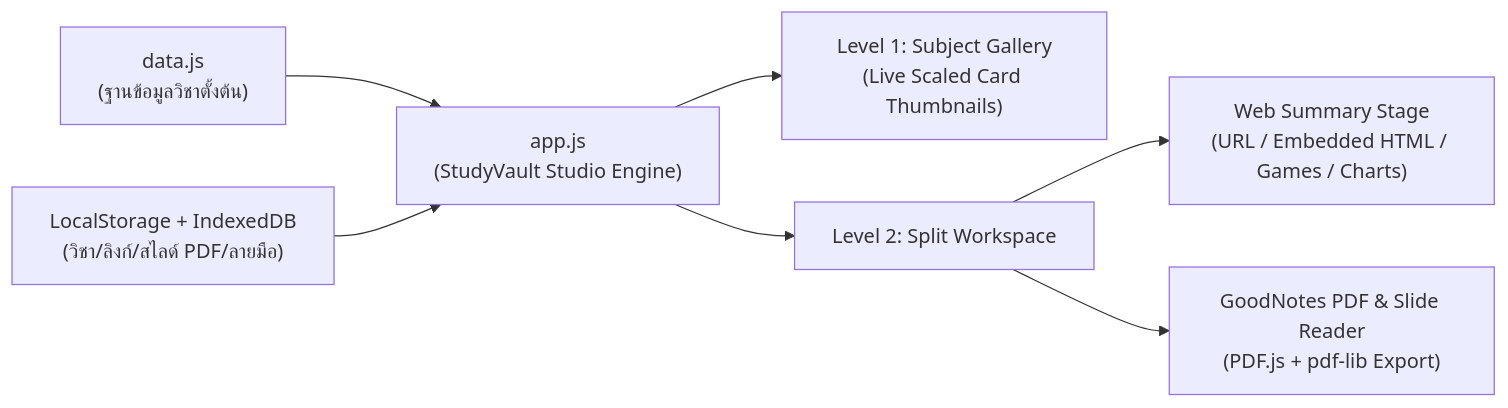
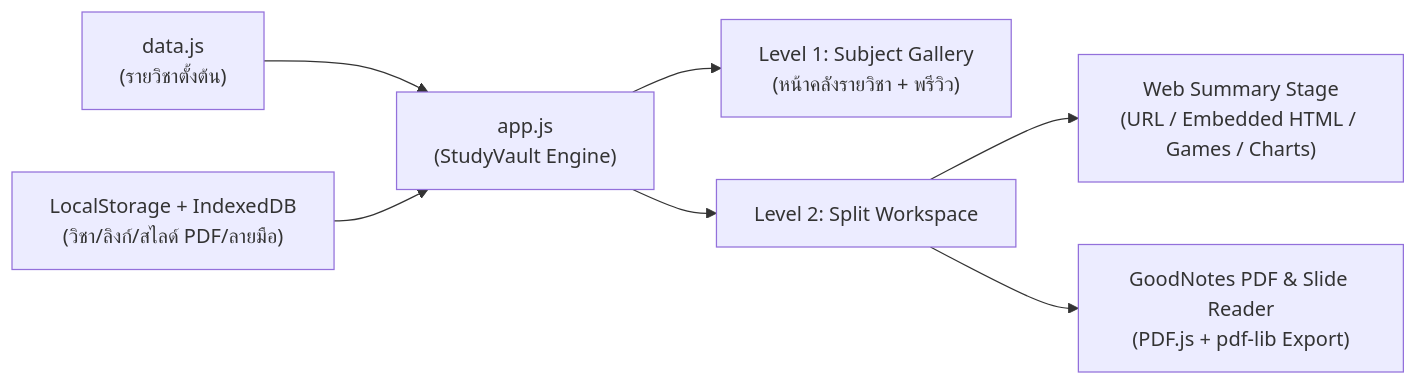
The diagram in README.md (PhumshopRT/STUDY_WEB), drawn with Mermaid before and after one commit. The commit also changed other lines of this file and 8 other files, not shown here.

````diff
--- a/README.md
+++ b/README.md
@@ -42,9 +41,9 @@
 ```mermaid
 flowchart LR
-    A["data.js<br/>(ฐานข้อมูลวิชาตั้งต้น)"] --> C["app.js<br/>(StudyVault Studio Engine)"]
+    A["data.js<br/>(รายวิชาตั้งต้น)"] --> C["app.js<br/>(StudyVault Engine)"]
     B["LocalStorage + IndexedDB<br/>(วิชา/ลิงก์/สไลด์ PDF/ลายมือ)"] --> C
-    C --> D["Level 1: Subject Gallery<br/>(Live Scaled Card Thumbnails)"]
+    C --> D["Level 1: Subject Gallery<br/>(หน้าคลังรายวิชา + พรีวิว)"]
     C --> E["Level 2: Split Workspace"]
     E --> F["Web Summary Stage<br/>(URL / Embedded HTML / Games / Charts)"]
     E --> G["GoodNotes PDF & Slide Reader<br/>(PDF.js + pdf-lib Export)"]
 ```
````
